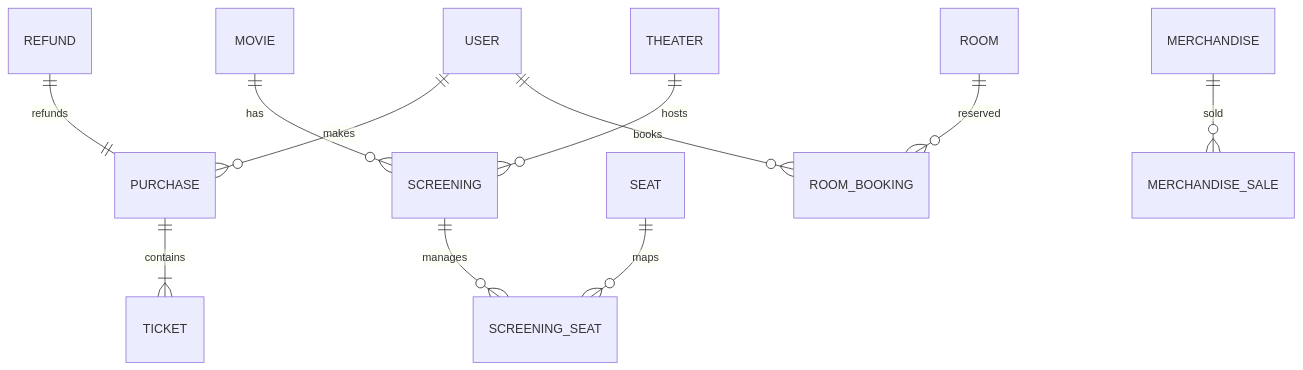
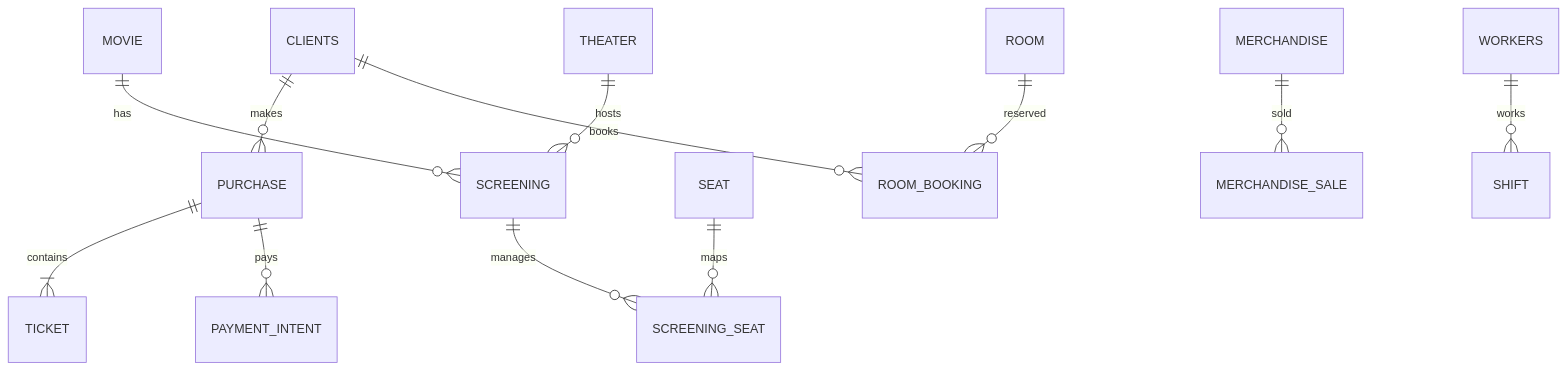
Before and after one commit to Projecto-Cine/BackendCine: the second of 4 diagrams in README.md, drawn with Mermaid. The commit also changed other lines of this file, not shown here.

````diff
--- a/README.md
+++ b/README.md
@@ -160,14 +193,15 @@
 ```mermaid
 erDiagram
 
-USER ||--o{ PURCHASE : makes
+CLIENTS ||--o{ PURCHASE : makes
 PURCHASE ||--|{ TICKET : contains
 MOVIE ||--o{ SCREENING : has
 THEATER ||--o{ SCREENING : hosts
 SCREENING ||--o{ SCREENING_SEAT : manages
 SEAT ||--o{ SCREENING_SEAT : maps
+PURCHASE ||--o{ PAYMENT_INTENT : pays
 ROOM ||--o{ ROOM_BOOKING : reserved
-USER ||--o{ ROOM_BOOKING : books
+CLIENTS ||--o{ ROOM_BOOKING : books
 MERCHANDISE ||--o{ MERCHANDISE_SALE : sold
-REFUND ||--|| PURCHASE : refunds
+WORKERS ||--o{ SHIFT : works
 ```
````
